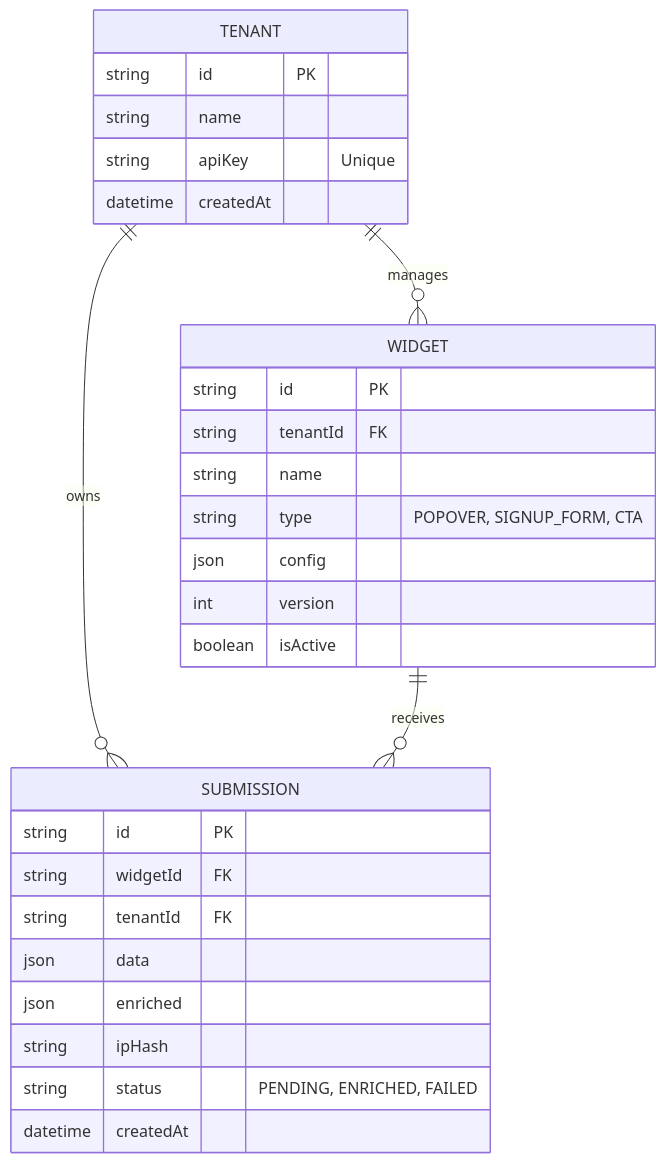
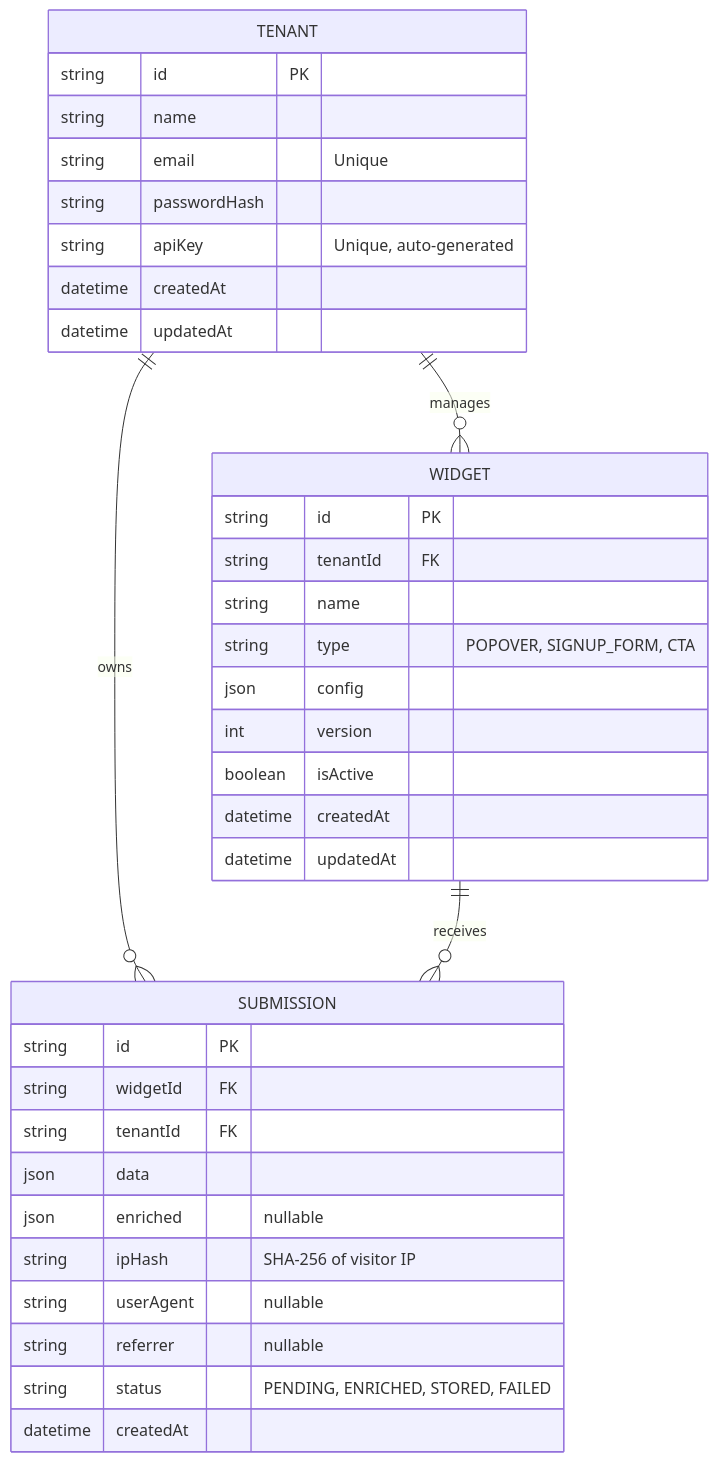
Before and after one commit to omprakash0224/FlyRank-Internship-Program: the sixth of 6 diagrams in capstone-project/ARCHITECTURE.md, drawn with Mermaid. The commit also changed other lines of this file and 3 other files, not shown here.

````diff
--- a/capstone-project/ARCHITECTURE.md
+++ b/capstone-project/ARCHITECTURE.md
@@ -162,34 +162,41 @@
 ```mermaid
 erDiagram
     TENANT ||--o{ WIDGET : "manages"
     TENANT ||--o{ SUBMISSION : "owns"
     WIDGET ||--o{ SUBMISSION : "receives"
     
     TENANT {
         string id PK
         string name
-        string apiKey "Unique"
+        string email "Unique"
+        string passwordHash
+        string apiKey "Unique, auto-generated"
         datetime createdAt
+        datetime updatedAt
     }
     
     WIDGET {
         string id PK
         string tenantId FK
         string name
         string type "POPOVER, SIGNUP_FORM, CTA"
         json config
         int version
         boolean isActive
+        datetime createdAt
+        datetime updatedAt
     }
     
     SUBMISSION {
         string id PK
         string widgetId FK
         string tenantId FK
         json data
-        json enriched
-        string ipHash
-        string status "PENDING, ENRICHED, FAILED"
+        json enriched "nullable"
+        string ipHash "SHA-256 of visitor IP"
+        string userAgent "nullable"
+        string referrer "nullable"
+        string status "PENDING, ENRICHED, STORED, FAILED"
         datetime createdAt
     }
 ```
````
